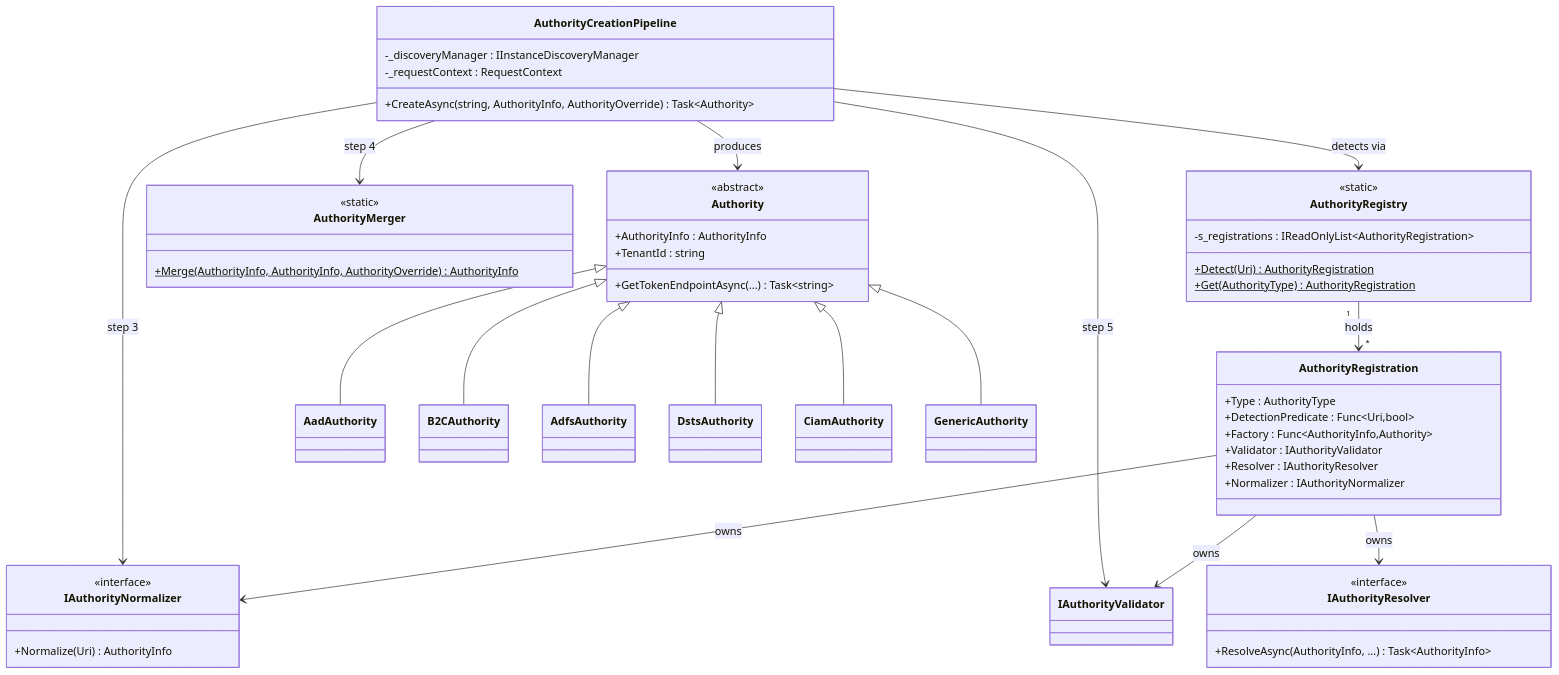
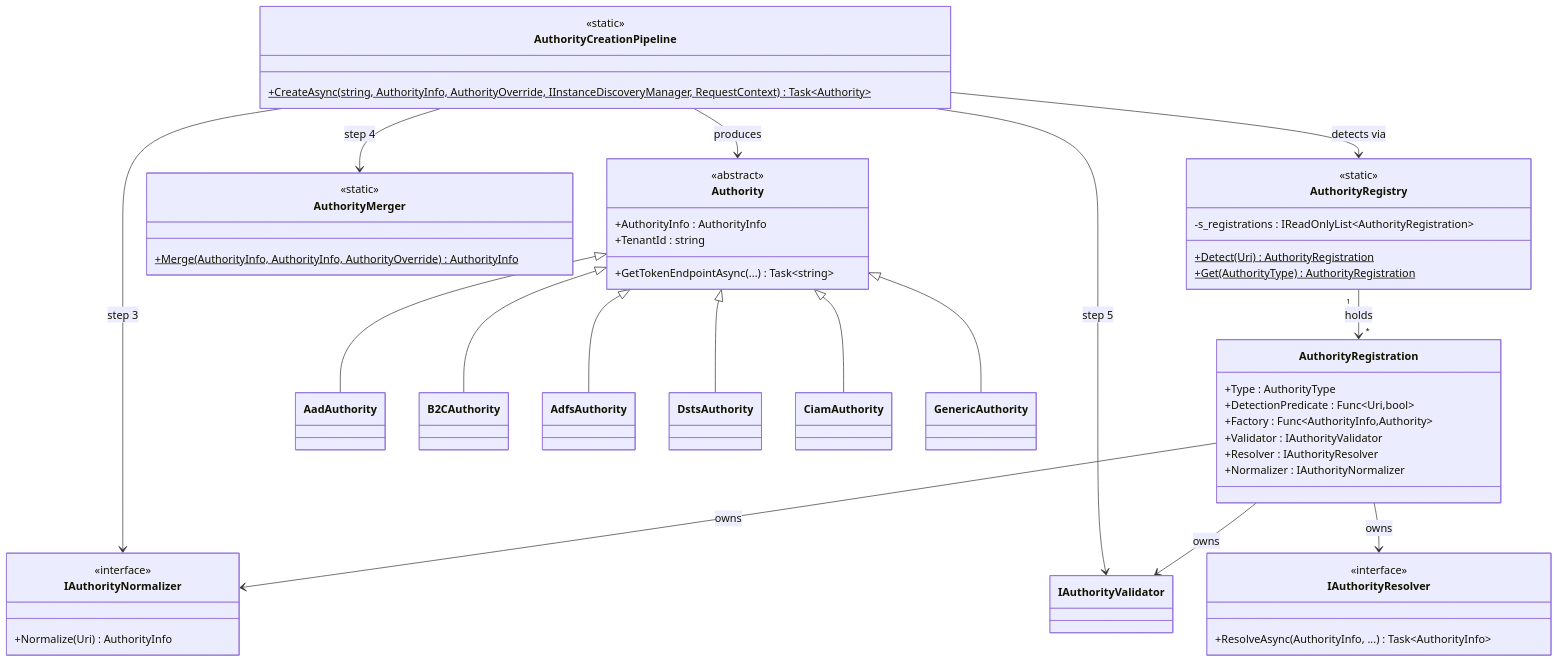
One commit to AzureAD/microsoft-authentication-library-for-dotnet changed the second of 5 diagrams in docs/design/AUTHORITY_REFACTORING_ARCHITECTURE.md. Above: the diagram before and after it, drawn with Mermaid. The commit also changed 1 other file, not shown here.

Commit message:
Address Chris's comment: make AuthorityCreationPipeline static

````diff
--- a/docs/design/AUTHORITY_REFACTORING_ARCHITECTURE.md
+++ b/docs/design/AUTHORITY_REFACTORING_ARCHITECTURE.md
@@ -142,71 +142,70 @@
 ```mermaid
 classDiagram
     direction TB
 
     class AuthorityRegistration {
         +Type : AuthorityType
         +DetectionPredicate : Func~Uri,bool~
         +Factory : Func~AuthorityInfo,Authority~
         +Validator : IAuthorityValidator
         +Resolver : IAuthorityResolver
         +Normalizer : IAuthorityNormalizer
     }
 
     class AuthorityRegistry {
         <<static>>
         -s_registrations : IReadOnlyList~AuthorityRegistration~
         +Detect(Uri) AuthorityRegistration$
         +Get(AuthorityType) AuthorityRegistration$
     }
 
     class AuthorityCreationPipeline {
-        -_discoveryManager : IInstanceDiscoveryManager
-        -_requestContext : RequestContext
-        +CreateAsync(string, AuthorityInfo, AuthorityOverride) Task~Authority~
+        <<static>>
+        +CreateAsync(string, AuthorityInfo, AuthorityOverride, IInstanceDiscoveryManager, RequestContext) Task~Authority~$
     }
 
     class IAuthorityNormalizer {
         <<interface>>
         +Normalize(Uri) AuthorityInfo
     }
 
     class IAuthorityResolver {
         <<interface>>
         +ResolveAsync(AuthorityInfo, ...) Task~AuthorityInfo~
     }
 
     class AuthorityMerger {
         <<static>>
         +Merge(AuthorityInfo, AuthorityInfo, AuthorityOverride) AuthorityInfo$
     }
 
     class Authority {
         <<abstract>>
         +AuthorityInfo : AuthorityInfo
         +TenantId : string
         +GetTokenEndpointAsync(...) Task~string~
     }
 
     class AadAuthority
     class B2CAuthority
     class AdfsAuthority
     class DstsAuthority
     class CiamAuthority
     class GenericAuthority
 
     AuthorityRegistry "1" --> "*" AuthorityRegistration : holds
     AuthorityCreationPipeline --> AuthorityRegistry : detects via
     AuthorityCreationPipeline --> IAuthorityNormalizer : step 3
     AuthorityCreationPipeline --> AuthorityMerger : step 4
     AuthorityCreationPipeline --> IAuthorityValidator : step 5
     AuthorityCreationPipeline --> Authority : produces
     AuthorityRegistration --> IAuthorityNormalizer : owns
     AuthorityRegistration --> IAuthorityValidator : owns
     AuthorityRegistration --> IAuthorityResolver : owns
     Authority <|-- AadAuthority
     Authority <|-- B2CAuthority
     Authority <|-- AdfsAuthority
     Authority <|-- DstsAuthority
     Authority <|-- CiamAuthority
     Authority <|-- GenericAuthority
 ```
````
